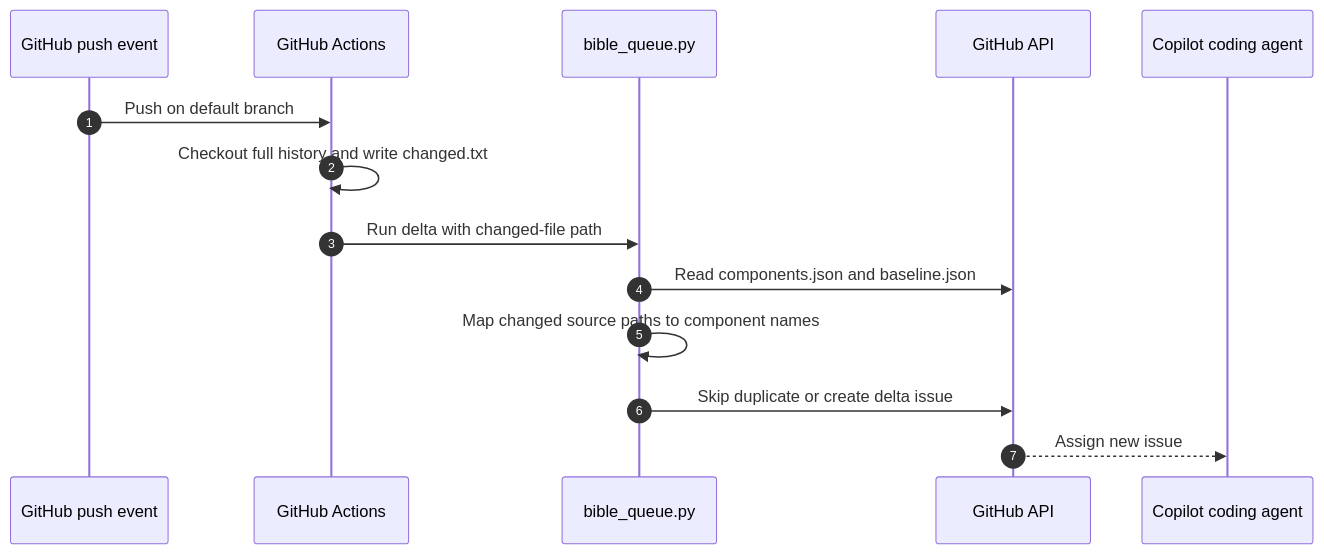
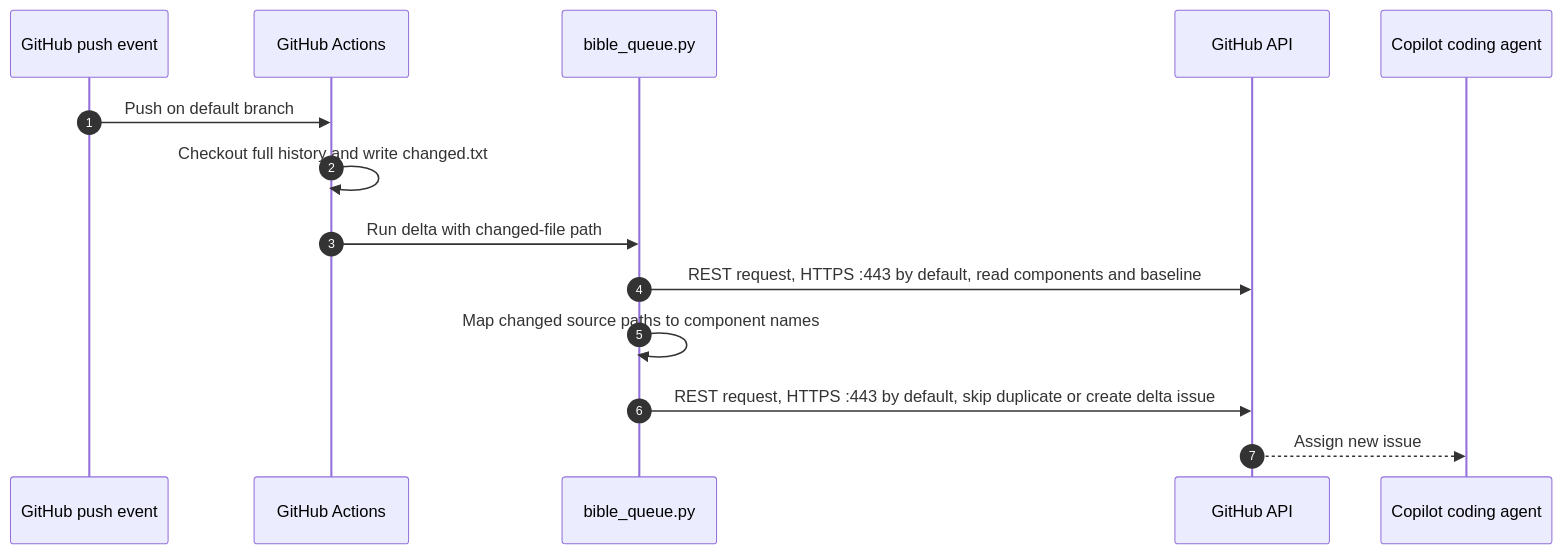
The fifth of 10 diagrams in codebase-analysis/hld/05-key-flows.md (vishalc412/bible-mode-b-test), drawn with Mermaid before and after one commit. The commit also changed other lines of this file and 27 other files, not shown here.

````diff
--- a/codebase-analysis/hld/05-key-flows.md
+++ b/codebase-analysis/hld/05-key-flows.md
@@ -199,16 +199,16 @@
 ```mermaid
 sequenceDiagram
   autonumber
   participant Git as GitHub push event
   participant Actions as GitHub Actions
   participant Queue as bible_queue.py
   participant API as GitHub API
   participant Agent as Copilot coding agent
   Git->>Actions: Push on default branch
   Actions->>Actions: Checkout full history and write changed.txt
   Actions->>Queue: Run delta with changed-file path
-  Queue->>API: Read components.json and baseline.json
+  Queue->>API: REST request, HTTPS :443 by default, read components and baseline
   Queue->>Queue: Map changed source paths to component names
-  Queue->>API: Skip duplicate or create delta issue
+  Queue->>API: REST request, HTTPS :443 by default, skip duplicate or create delta issue
   API-->>Agent: Assign new issue
 ```
````
